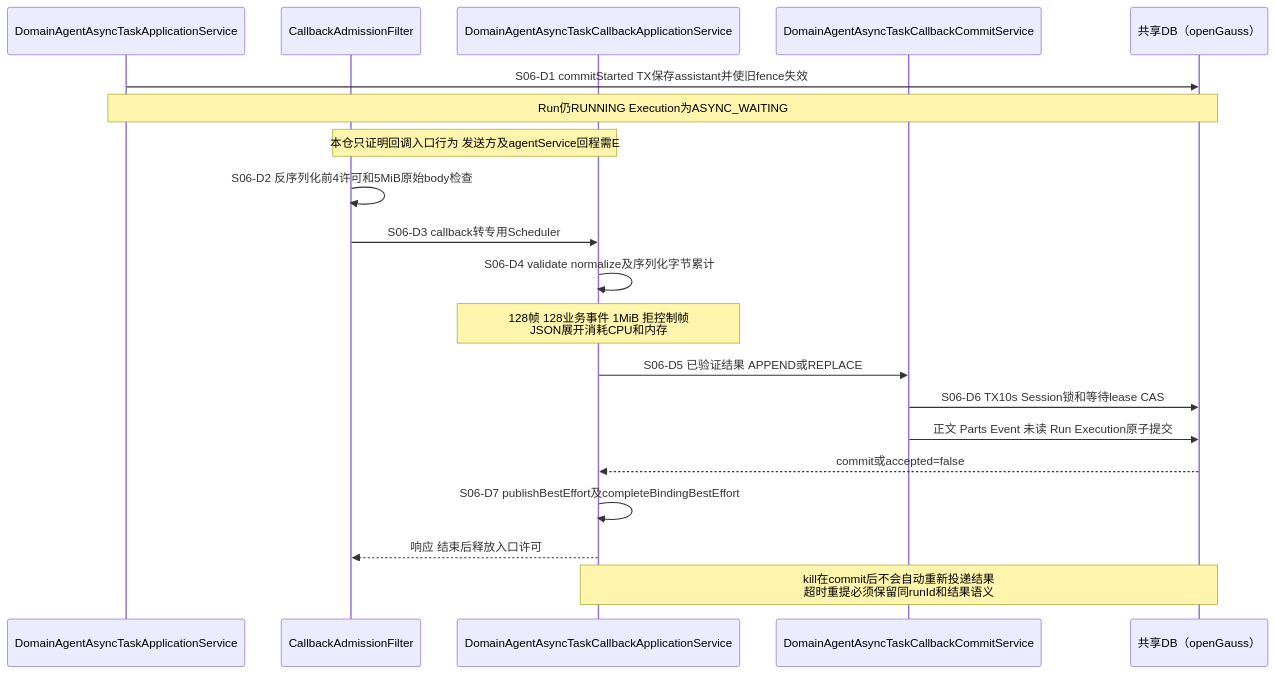
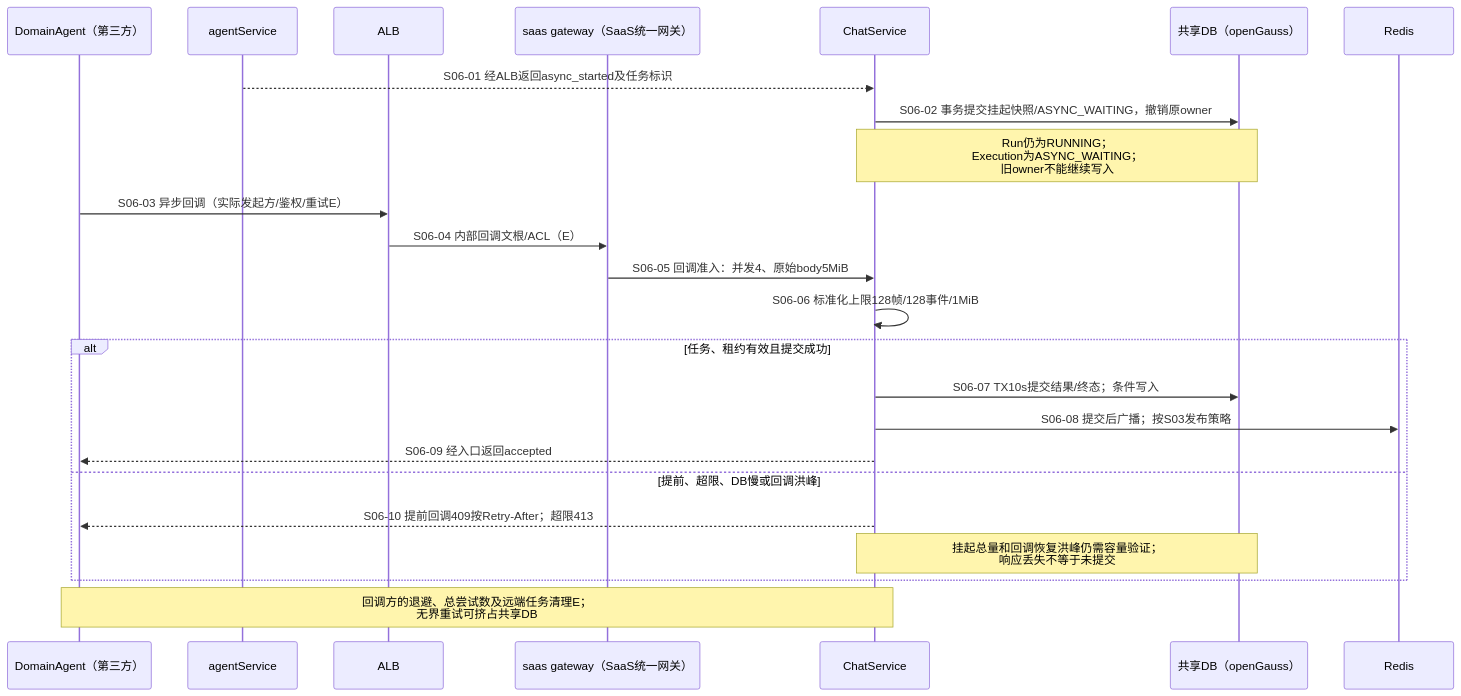
Before and after one commit to kunben-duck/exweb: the sixth of 12 diagrams in docs/architecture/high-availability/scenarios.md, drawn with Mermaid. The commit also changed other lines of this file and 8 other files, not shown here.

````diff
--- a/docs/architecture/high-availability/scenarios.md
+++ b/docs/architecture/high-availability/scenarios.md
@@ -631,22 +315,26 @@
 ```mermaid
 sequenceDiagram
-    participant AS as DomainAgentAsyncTaskApplicationService
-    participant F as CallbackAdmissionFilter
-    participant CB as DomainAgentAsyncTaskCallbackApplicationService
-    participant COM as DomainAgentAsyncTaskCallbackCommitService
+participant DA as DomainAgent（第三方）
+    participant AGENT as agentService
+    participant ALB
+    participant GW as saas gateway（SaaS统一网关）
+    participant CHAT as ChatService
     participant DB as 共享DB（openGauss）
-    AS->>DB: S06-D1 commitStarted TX保存assistant并使旧fence失效
-    Note over AS,DB: Run仍RUNNING Execution为ASYNC_WAITING
-    Note over F,CB: 本仓只证明回调入口行为 发送方及agentService回程需E
-    F->>F: S06-D2 反序列化前4许可和5MiB原始body检查
-    F->>CB: S06-D3 callback转专用Scheduler
-    CB->>CB: S06-D4 validate normalize及序列化字节累计
-    Note over CB: 128帧 128业务事件 1MiB 拒控制帧<br/>JSON展开消耗CPU和内存
-    CB->>COM: S06-D5 已验证结果 APPEND或REPLACE
-    COM->>DB: S06-D6 TX10s Session锁和等待lease CAS
-    COM->>DB: 正文 Parts Event 未读 Run Execution原子提交
-    DB-->>CB: commit或accepted=false
-    CB->>CB: S06-D7 publishBestEffort及completeBindingBestEffort
-    CB-->>F: 响应 结束后释放入口许可
-    Note over CB,DB: kill在commit后不会自动重新投递结果<br/>超时重提必须保留同runId和结果语义
+    participant REDIS as Redis
+    AGENT-->>CHAT: S06-01 经ALB返回async_started及任务标识
+    CHAT->>DB: S06-02 事务提交挂起快照/ASYNC_WAITING，撤销原owner
+    Note over CHAT,DB: Run仍为RUNNING；<br/>Execution为ASYNC_WAITING；<br/>旧owner不能继续写入
+    DA->>ALB: S06-03 异步回调（实际发起方/鉴权/重试E）
+    ALB->>GW: S06-04 内部回调文根/ACL（E）
+    GW->>CHAT: S06-05 回调准入：并发4、原始body5MiB
+    CHAT->>CHAT: S06-06 标准化上限128帧/128事件/1MiB
+    alt 任务、租约有效且提交成功
+        CHAT->>DB: S06-07 TX10s提交结果/终态；条件写入
+        CHAT->>REDIS: S06-08 提交后广播；按S03发布策略
+        CHAT-->>DA: S06-09 经入口返回accepted
+    else 提前、超限、DB慢或回调洪峰
+        CHAT-->>DA: S06-10 提前回调409按Retry-After；超限413
+        Note over CHAT,DB: 挂起总量和回调恢复洪峰仍需容量验证；<br/>响应丢失不等于未提交
+    end
+    Note over DA,CHAT: 回调方的退避、总尝试数及远端任务清理E；<br/>无界重试可挤占共享DB
 ```
````
